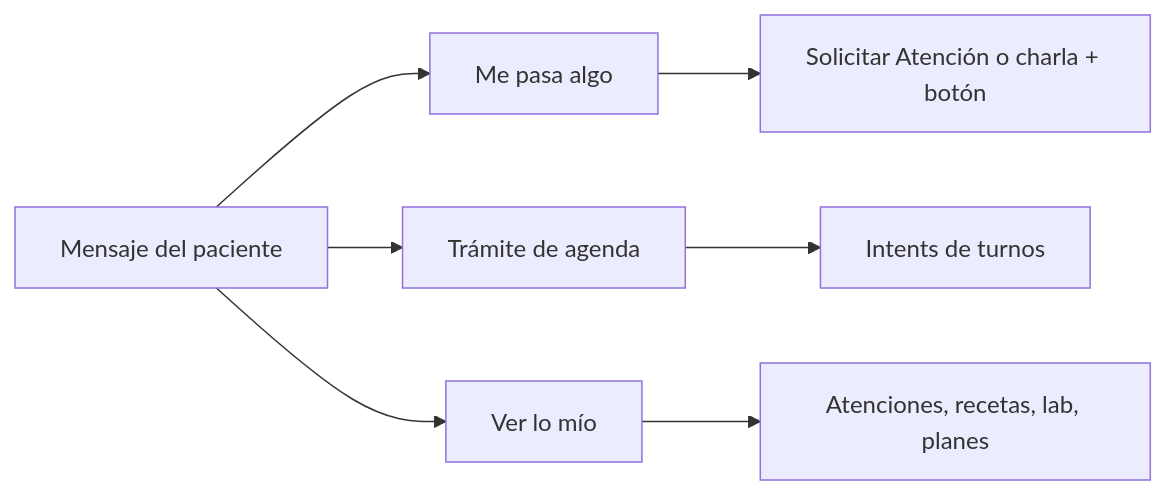
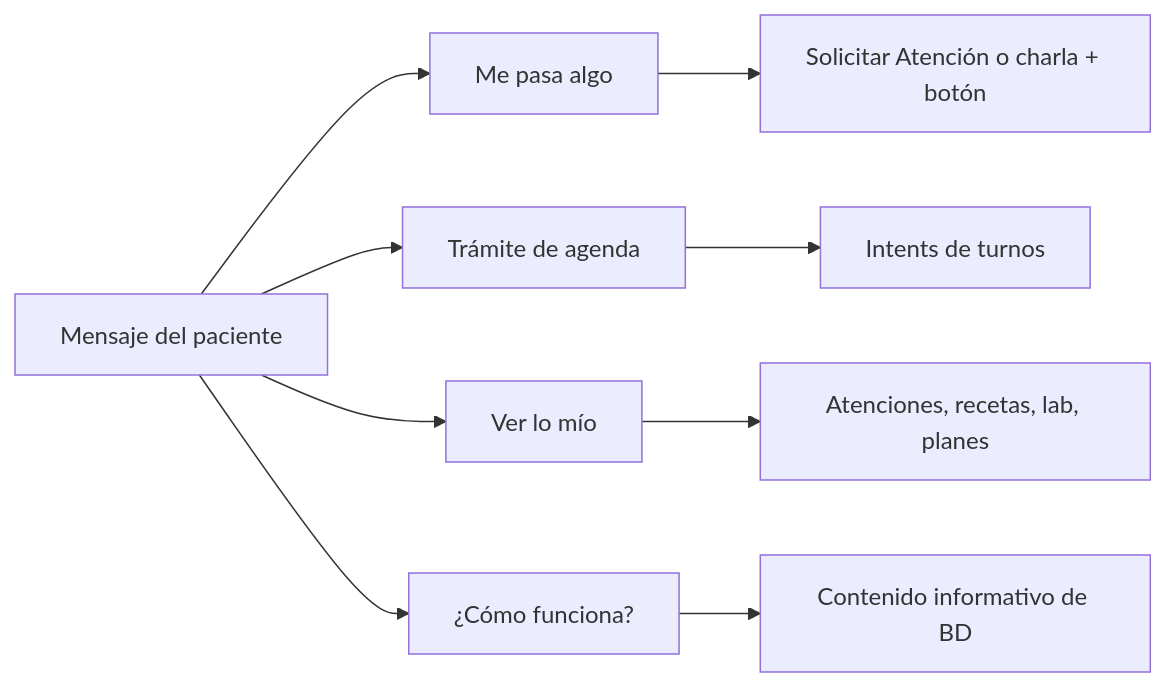
The diagram in web/docs/qa/paciente/asistente-consultas.md (luischanferoni/bioenlace), drawn with Mermaid before and after one commit. The commit also changed other lines of this file and 3 other files, not shown here.

````diff
--- a/web/docs/qa/paciente/asistente-consultas.md
+++ b/web/docs/qa/paciente/asistente-consultas.md
@@ -25,10 +25,12 @@
 ```mermaid
 flowchart LR
   P[Mensaje del paciente]
   P --> A["Me pasa algo"]
   P --> B["Trámite de agenda"]
   P --> C["Ver lo mío"]
+  P --> D["¿Cómo funciona?"]
   A --> SA[Solicitar Atención o charla + botón]
   B --> TU[Intents de turnos]
   C --> MI[Atenciones, recetas, lab, planes]
+  D --> IC[Contenido informativo de BD]
 ```
````
